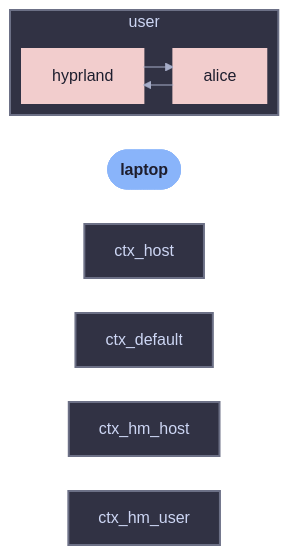
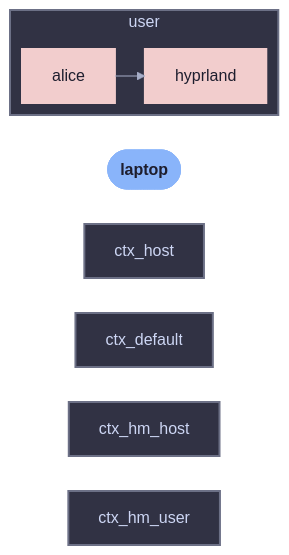
Before and after one commit to sini/den: the diagram in templates/diag-fx-demo/diagrams/laptop-cross-class.md, drawn with Mermaid. The commit also changed 849 other files, not shown here.

Commit message:
chore: update fx diagrams

````diff
--- a/templates/diag-fx-demo/diagrams/laptop-cross-class.md
+++ b/templates/diag-fx-demo/diagrams/laptop-cross-class.md
@@ -5,22 +5,21 @@
 ```mermaid
 %%{init: {"elk":{"mergeEdges":true,"nodePlacementStrategy":"BRANDES_KOEPF"},"layout":"elk","theme":"base","themeVariables":{"activationBkgColor":"#313244","activationBorderColor":"#6c7086","actorBkg":"#313244","actorBorder":"#a6adc8","actorLineColor":"#a6adc8","actorTextColor":"#cdd6f4","background":"#1e1e2e","classText":"#cdd6f4","clusterBkg":"#313244","clusterBorder":"#6c7086","edgeLabelBackground":"#1e1e2e","labelBoxBkgColor":"#313244","labelBoxBorderColor":"#a6adc8","labelTextColor":"#cdd6f4","lineColor":"#a6adc8","loopTextColor":"#cdd6f4","mainBkg":"#313244","nodeBkg":"#313244","nodeBorder":"#a6adc8","nodeTextColor":"#cdd6f4","noteBkgColor":"#313244","noteBorderColor":"#6c7086","noteTextColor":"#cdd6f4","pie1":"#f38ba8","pie2":"#fab387","pie3":"#f9e2af","pie4":"#a6e3a1","pie5":"#94e2d5","pie6":"#89b4fa","pie7":"#cba6f7","pie8":"#f2cdcd","pieLegendTextColor":"#cdd6f4","pieOuterStrokeColor":"#6c7086","pieSectionTextColor":"#cdd6f4","pieStrokeColor":"#6c7086","pieTitleTextColor":"#cdd6f4","primaryBorderColor":"#a6adc8","primaryColor":"#313244","primaryTextColor":"#cdd6f4","secondBkg":"#313244","secondaryBorderColor":"#6c7086","secondaryColor":"#313244","secondaryTextColor":"#cdd6f4","sequenceNumberColor":"#1e1e2e","signalColor":"#a6adc8","signalTextColor":"#cdd6f4","tertiaryBorderColor":"#6c7086","tertiaryColor":"#313244","tertiaryTextColor":"#cdd6f4","textColor":"#cdd6f4","titleColor":"#cdd6f4"}}}%%
 graph LR
   laptop([laptop]):::root
 
   subgraph ctx_user["user"]
   alice["alice"]:::alice_c
   hyprland["hyprland"]:::hyprland_c
   alice --> hyprland
-  hyprland --> alice
   end
 
 
   classDef root fill:#89b4fa,stroke:#89b4fa,color:#1e1e2e,font-weight:bold
   classDef alice_c fill:#f2cdcd,stroke:#f2cdcd,color:#1e1e2e,stroke-width:2px
   classDef hyprland_c fill:#f2cdcd,stroke:#f2cdcd,color:#1e1e2e,stroke-width:2px
 style ctx_host fill:#313244,stroke:#6c7086,stroke-width:2px
 style ctx_default fill:#313244,stroke:#6c7086,stroke-width:2px
 style ctx_hm_host fill:#313244,stroke:#6c7086,stroke-width:2px
 style ctx_hm_user fill:#313244,stroke:#6c7086,stroke-width:2px
 style ctx_user fill:#313244,stroke:#6c7086,stroke-width:2px
 ```
````
